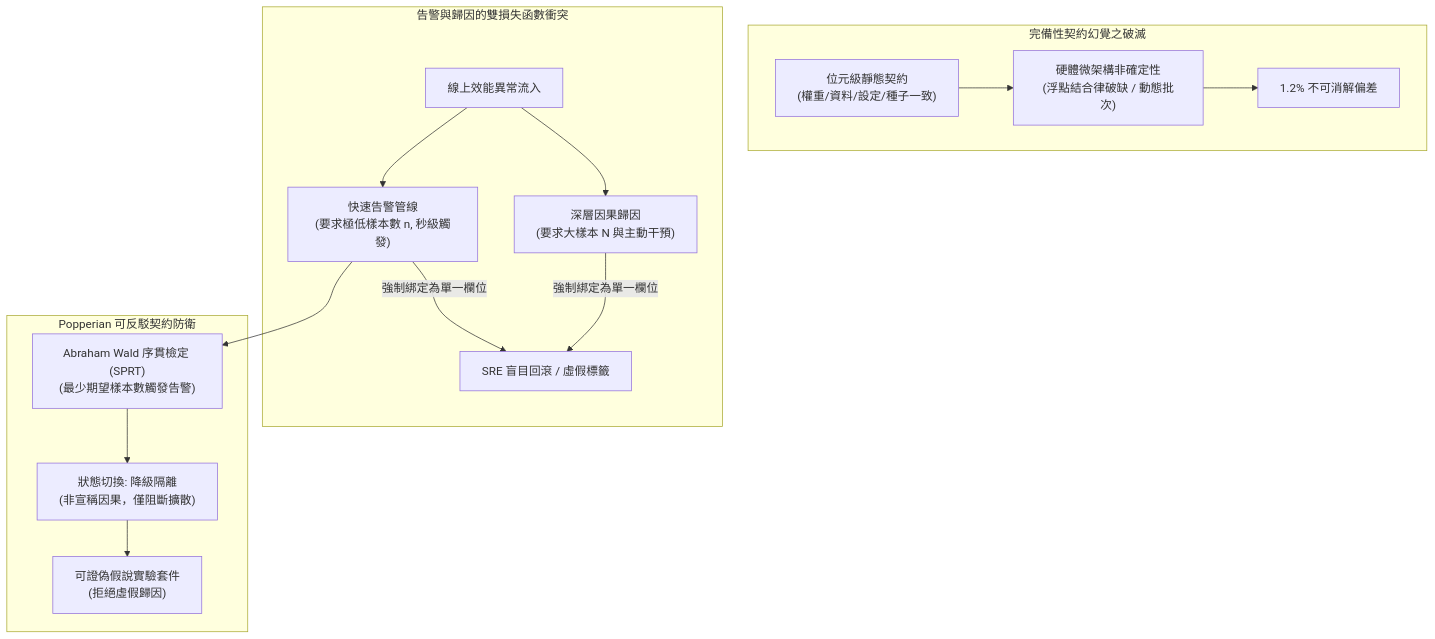
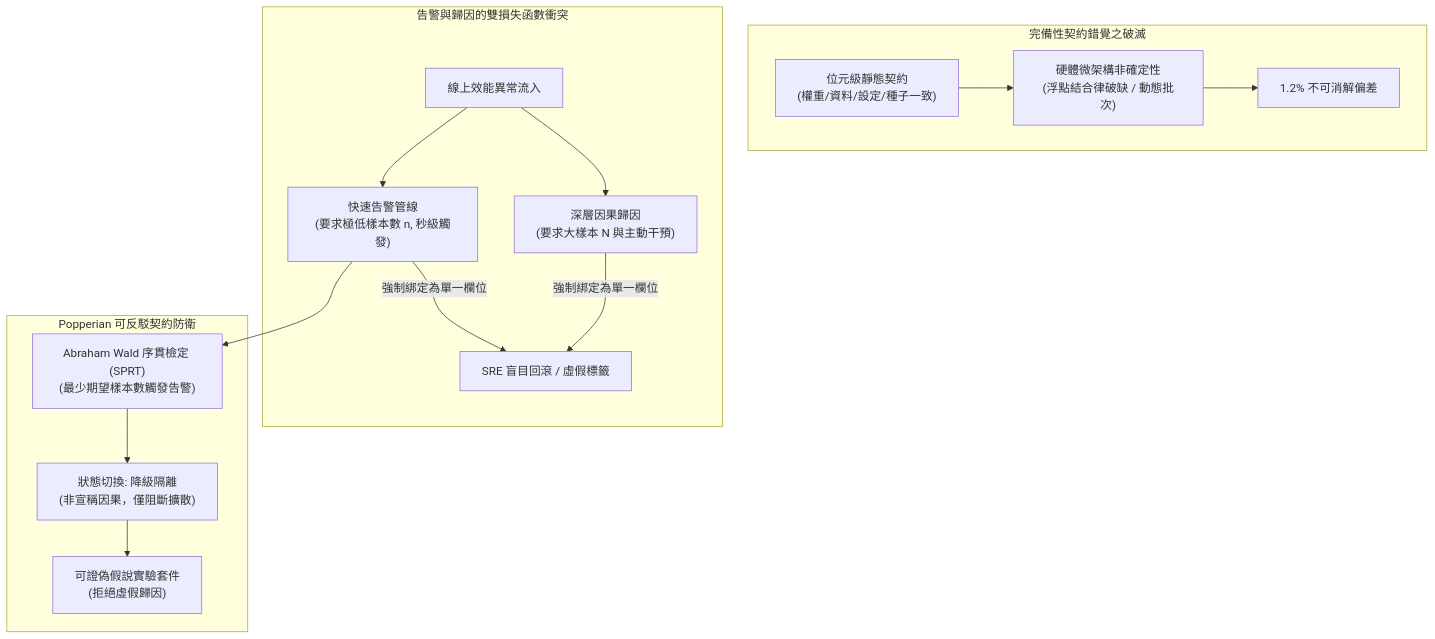
Before and after one commit to tacticaldoll/agent-distillates: the diagram in recrystal-2026-09-13-b/systemic-refutability-and-attribution-contracts/report.zh-TW.md, drawn with Mermaid. The commit also changed other lines of this file and 6 other files, not shown here.

````diff
--- a/recrystal-2026-09-13-b/systemic-refutability-and-attribution-contracts/report.zh-TW.md
+++ b/recrystal-2026-09-13-b/systemic-refutability-and-attribution-contracts/report.zh-TW.md
@@ -24,19 +24,19 @@
 ```mermaid
 flowchart TD
-    subgraph Fallacy["完備性契約幻覺之破滅"]
+    subgraph Fallacy["完備性契約錯覺之破滅"]
         BitContract["位元級靜態契約<br/>(權重/資料/設定/種子一致)"] --> NonDet["硬體微架構非確定性<br/>(浮點結合律破缺 / 動態批次)"]
         NonDet --> Drift["1.2% 不可消解偏差"]
     end
 
     subgraph DualLossConflict["告警與歸因的雙損失函數衝突"]
         Event["線上效能異常流入"] --> AlertTrigger["快速告警管線<br/>(要求極低樣本數 n, 秒級觸發)"]
         Event --> CausalAttrib["深層因果歸因<br/>(要求大樣本 N 與主動干預)"]
         AlertTrigger & CausalAttrib -->|"強制綁定為單一欄位"| CargoCult["SRE 盲目回滾 / 虛假標籤"]
     end
 
     subgraph PopperianSolution["Popperian 可反駁契約防衛"]
         AlertTrigger --> SPRT["Abraham Wald 序貫檢定 (SPRT)<br/>(最少期望樣本數觸發告警)"]
         SPRT --> Isolate["狀態切換: 降級隔離<br/>(非宣稱因果，僅阻斷擴散)"]
         Isolate --> FalsifyHarness["可證偽假說實驗套件<br/>(拒絕虛假歸因)"]
     end
 ```
````
